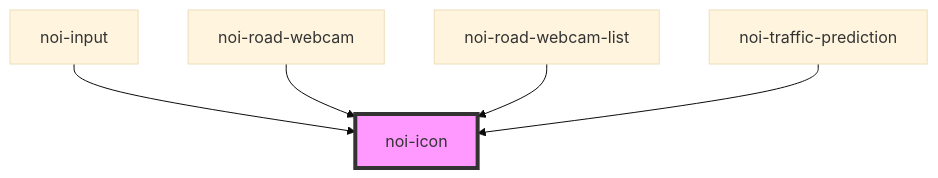
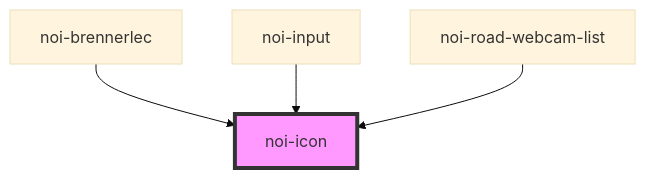
Before and after one commit to noi-techpark/webcomponents-brennerlec: the diagram in src/blocks/icon/readme.md, drawn with Mermaid (base theme). The commit also changed other lines of this file and 8 other files, not shown here.

````diff
--- a/src/blocks/icon/readme.md
+++ b/src/blocks/icon/readme.md
@@ -39,8 +38,7 @@
 ```mermaid
 graph TD;
+  noi-brennerlec --> noi-icon
   noi-input --> noi-icon
-  noi-road-webcam --> noi-icon
   noi-road-webcam-list --> noi-icon
-  noi-traffic-prediction --> noi-icon
   style noi-icon fill:#f9f,stroke:#333,stroke-width:4px
 ```
````
